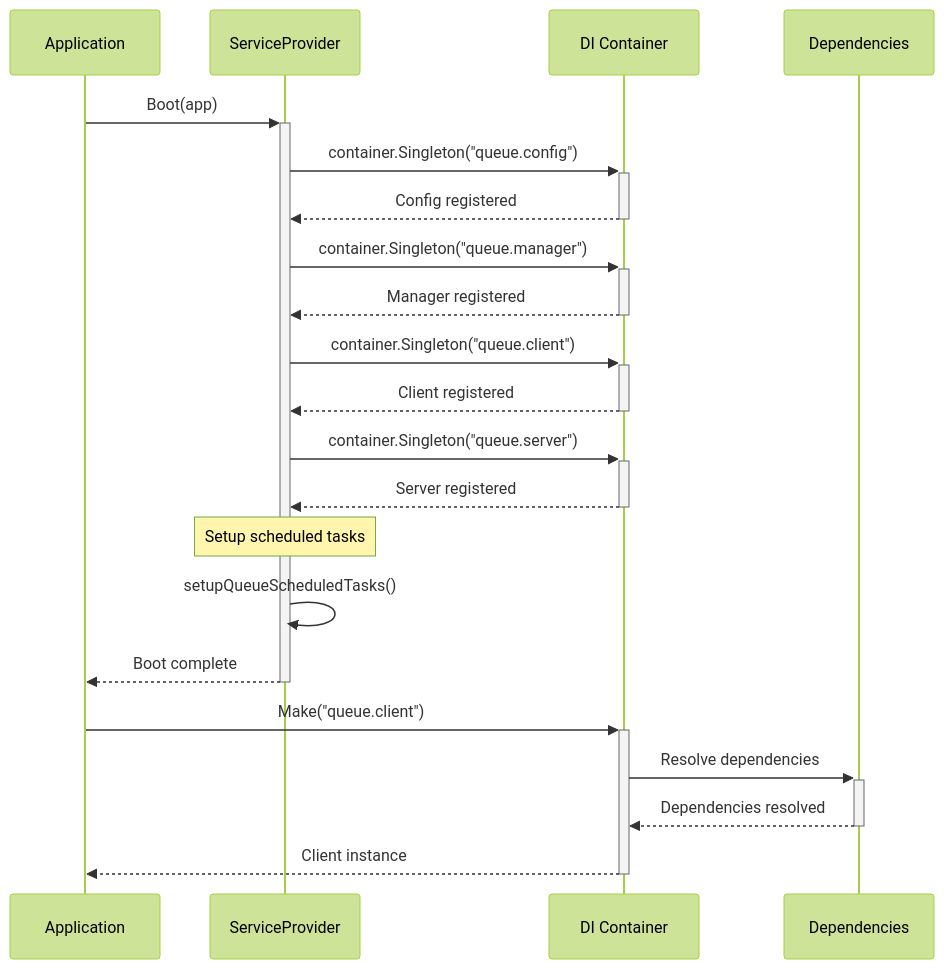
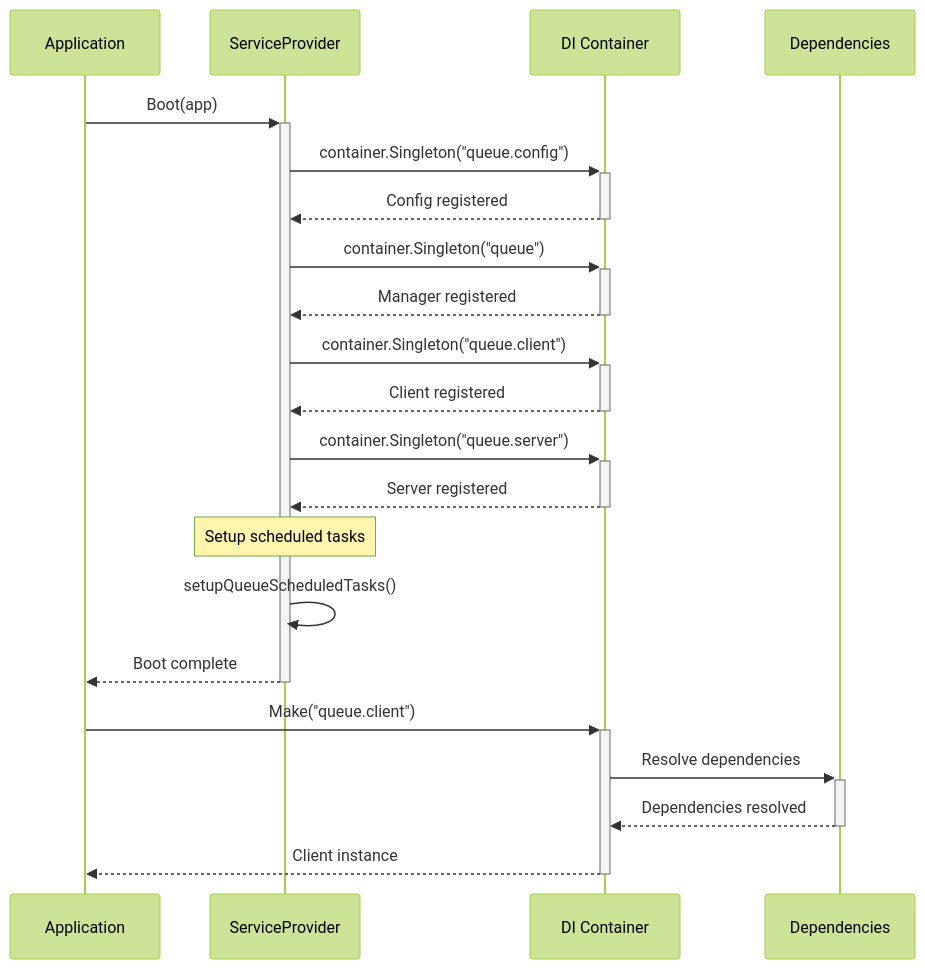
One commit to go-fork/queue changed the tenth of 20 diagrams in docs/overview.md. Above: the diagram before and after it, drawn with Mermaid (forest theme). The commit also changed other lines of this file and 4 other files, not shown here.

First line of the commit message:
refactor: remove *.manager pattern from queue package

````diff
--- a/docs/overview.md
+++ b/docs/overview.md
@@ -560,29 +560,29 @@
 ```mermaid
 sequenceDiagram
     participant App as Application
     participant SP as ServiceProvider
     participant DI as DI Container
     participant Deps as Dependencies
     
     App->>+SP: Boot(app)
     SP->>+DI: container.Singleton("queue.config")
     DI-->>-SP: Config registered
     
-    SP->>+DI: container.Singleton("queue.manager")
+    SP->>+DI: container.Singleton("queue")
     DI-->>-SP: Manager registered
     
     SP->>+DI: container.Singleton("queue.client")
     DI-->>-SP: Client registered
     
     SP->>+DI: container.Singleton("queue.server")
     DI-->>-SP: Server registered
     
     Note over SP: Setup scheduled tasks
     SP->>SP: setupQueueScheduledTasks()
     SP-->>-App: Boot complete
     
     App->>+DI: Make("queue.client")
     DI->>+Deps: Resolve dependencies
     Deps-->>-DI: Dependencies resolved
     DI-->>-App: Client instance
 ```
````
